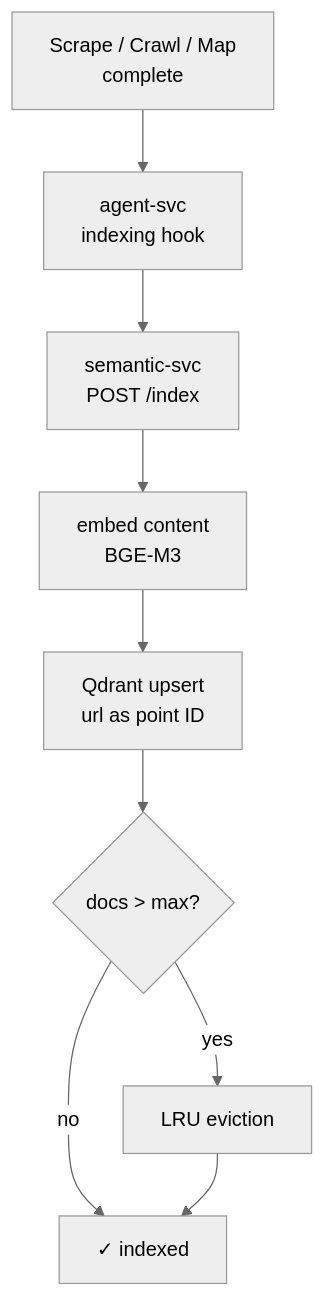
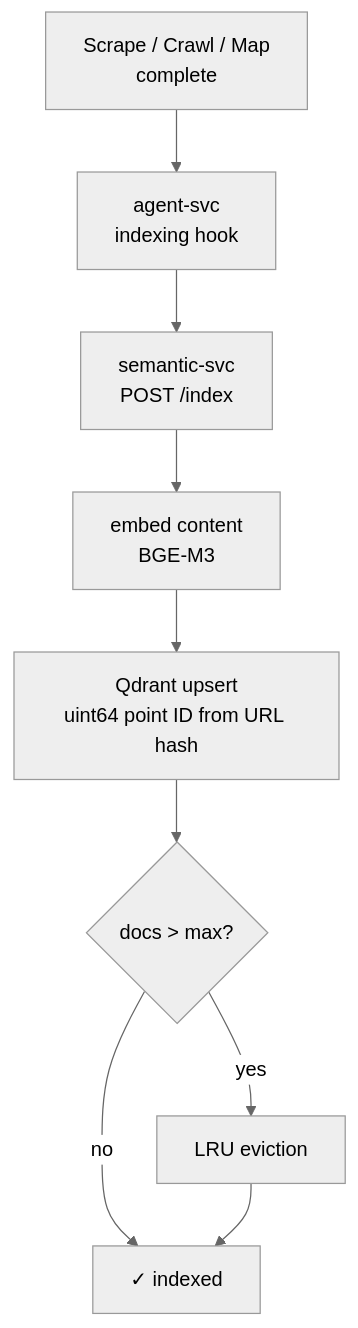
One commit to Gerkinfeltser/groktocrawl changed the fourth of 4 diagrams in docs/adr/0026-phase2-vector-index.md. Above: the diagram before and after it, drawn with Mermaid (neutral theme). The commit also changed other lines of this file, not shown here.

````diff
--- a/docs/adr/0026-phase2-vector-index.md
+++ b/docs/adr/0026-phase2-vector-index.md
@@ -288,11 +288,11 @@
 ```mermaid
 flowchart TD
     SCRAPE[Scrape / Crawl / Map<br/>complete] --> HOOK[agent-svc<br/>indexing hook]
     HOOK --> SVC[semantic-svc<br/>POST /index]
     SVC --> EMBED[embed content<br/>BGE-M3]
-    EMBED --> UPSERT[Qdrant upsert<br/>url as point ID]
+    EMBED --> UPSERT[Qdrant upsert<br/>uint64 point ID from URL hash]
     UPSERT --> CHECK{docs > max?}
     CHECK -->|yes| EVICT[LRU eviction]
     CHECK -->|no| DONE[✓ indexed]
     EVICT --> DONE
 ```
````
